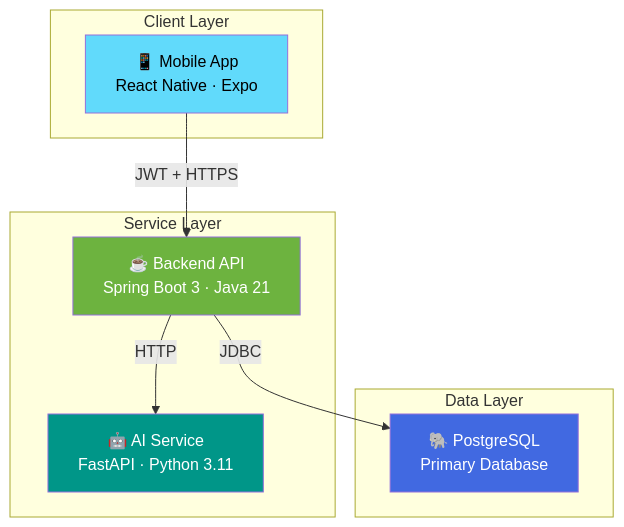
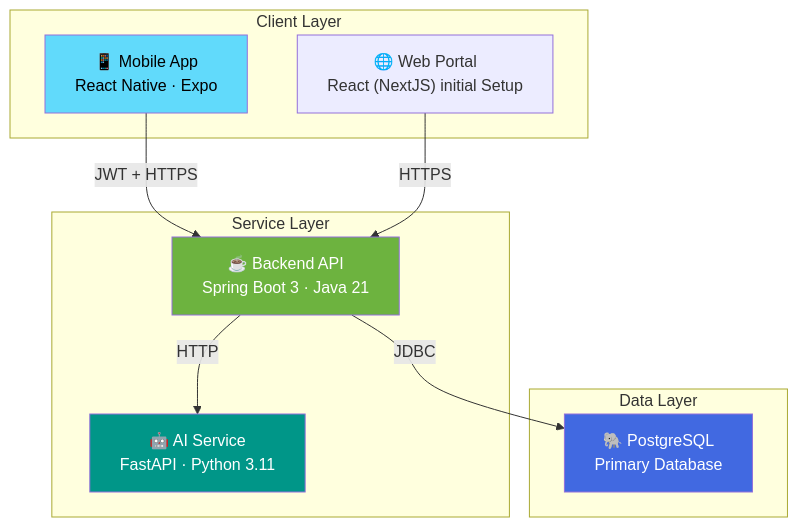
The first of 3 diagrams in README.md (mirzahussnain/nexus-platform), drawn with Mermaid before and after one commit.

Commit message:
Update architecture diagram in Root README.md

````diff
--- a/README.md
+++ b/README.md
@@ -65,24 +65,27 @@
 ```mermaid
 graph TB
     subgraph Client["Client Layer"]
         MA["📱 Mobile App<br/>React Native · Expo"]
+        WA["🌐 Web Portal<br/>React (NextJS) initial Setup"]
     end
 
     subgraph Services["Service Layer"]
         BE["☕ Backend API<br/>Spring Boot 3 · Java 21"]
         AI["🤖 AI Service<br/>FastAPI · Python 3.11"]
     end
 
     subgraph Data["Data Layer"]
         PG["🐘 PostgreSQL<br/>Primary Database"]
     end
 
     MA -->|JWT + HTTPS| BE
+    WA -->|HTTPS| BE
     BE -->|HTTP| AI
     BE -->|JDBC| PG
 
     style MA fill:#61DAFB,color:#000
     style BE fill:#6DB33F,color:#fff
     style AI fill:#009688,color:#fff
     style PG fill:#4169E1,color:#fff
+
 ```
````
